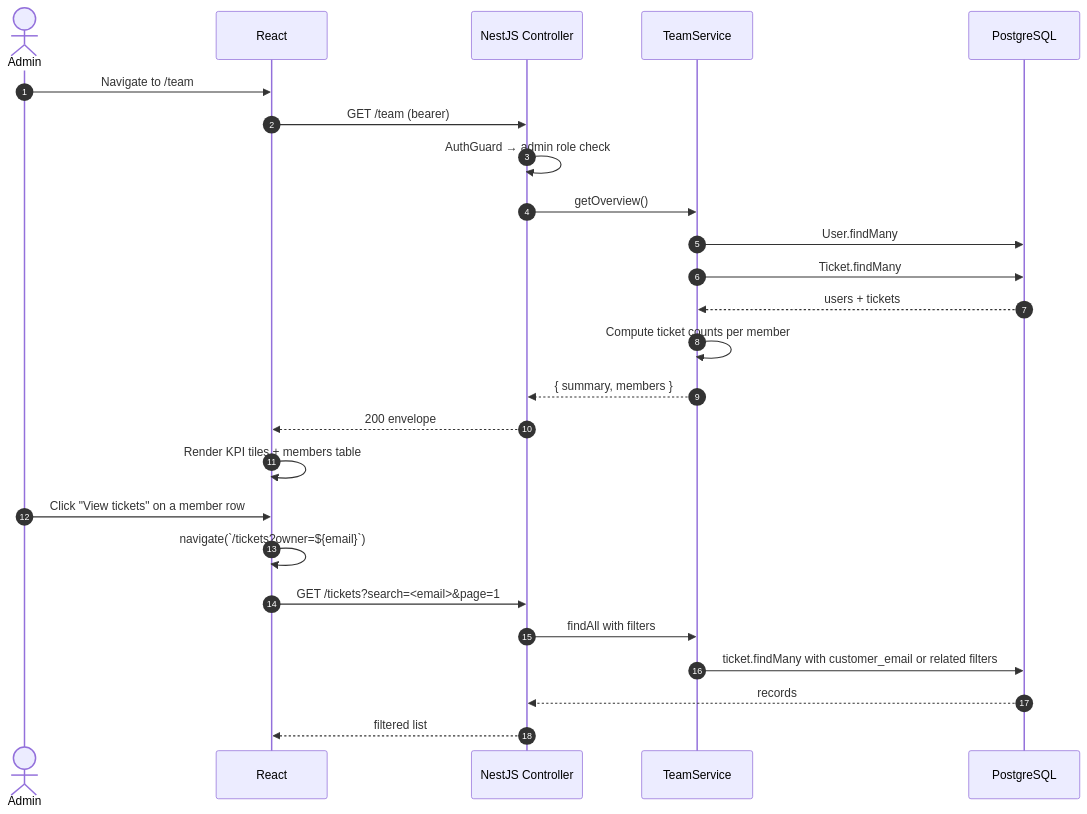
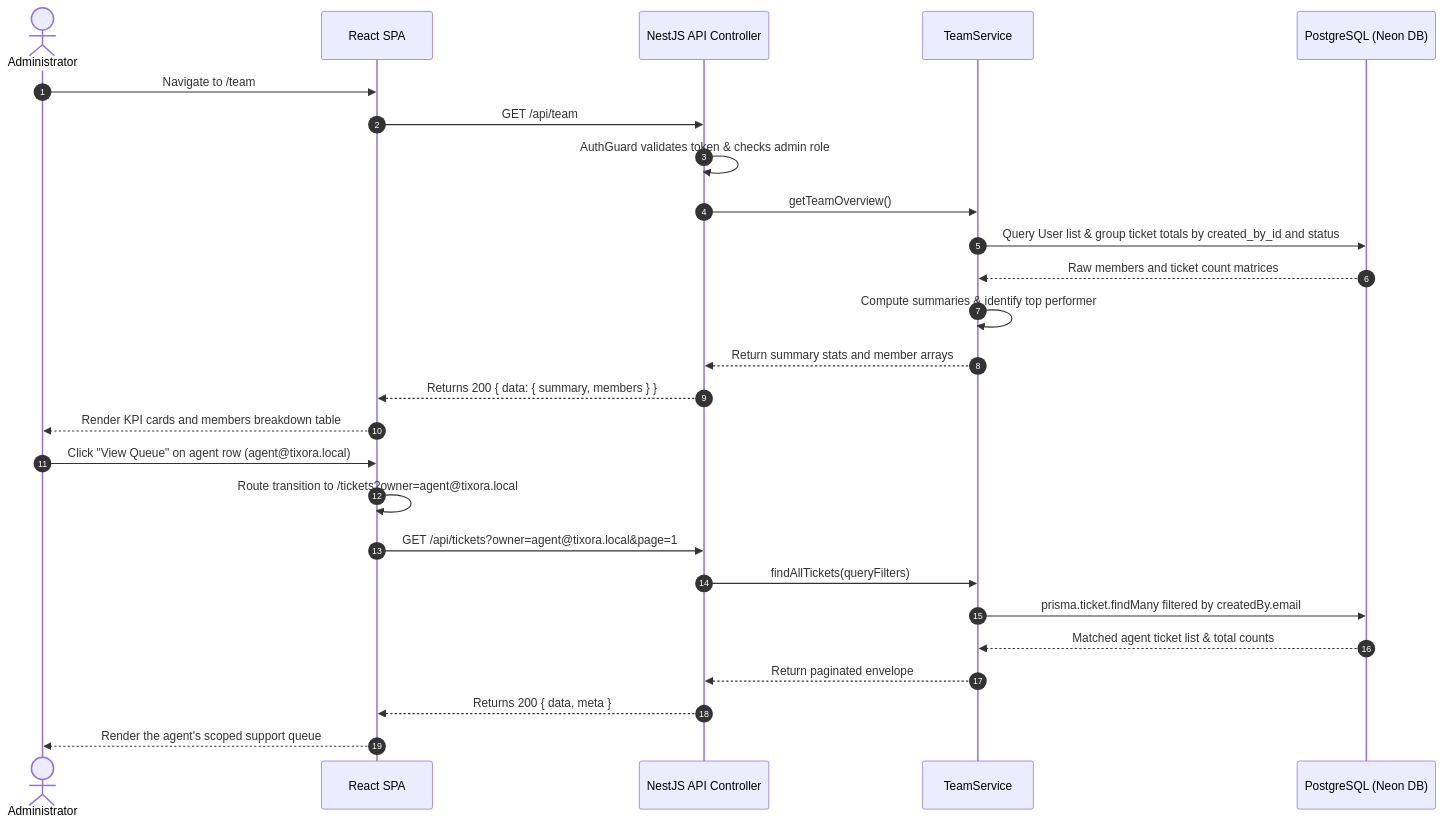
The fourth of 6 diagrams in ARCHITECTURE.md (aaditya09750/Tixora), drawn with Mermaid before and after one commit. The commit also changed other lines of this file and 5 other files, not shown here.

````diff
--- a/ARCHITECTURE.md
+++ b/ARCHITECTURE.md
@@ -91,29 +128,30 @@
 ```mermaid
 sequenceDiagram
   autonumber
-  actor A as Admin
-  participant UI as React
-  participant API as NestJS Controller
+  actor Admin as Administrator
+  participant SPA as React SPA
+  participant API as NestJS API Controller
   participant SVC as TeamService
-  participant DB as PostgreSQL
+  participant DB as PostgreSQL (Neon DB)
 
-  A->>UI: Navigate to /team
-  UI->>API: GET /team (bearer)
-  API->>API: AuthGuard → admin role check
-  API->>SVC: getOverview()
-  SVC->>DB: User.findMany
-  SVC->>DB: Ticket.findMany
-  DB-->>SVC: users + tickets
-  SVC->>SVC: Compute ticket counts per member
-  SVC-->>API: { summary, members }
-  API-->>UI: 200 envelope
-  UI->>UI: Render KPI tiles + members table
+  Admin->>SPA: Navigate to /team
+  SPA->>API: GET /api/team
+  API->>API: AuthGuard validates token & checks admin role
+  API->>SVC: getTeamOverview()
+  SVC->>DB: Query User list & group ticket totals by created_by_id and status
+  DB-->>SVC: Raw members and ticket count matrices
+  SVC->>SVC: Compute summaries & identify top performer
+  SVC-->>API: Return summary stats and member arrays
+  API-->>SPA: Returns 200 { data: { summary, members } }
+  SPA-->>Admin: Render KPI cards and members breakdown table
 
-  A->>UI: Click "View tickets" on a member row
-  UI->>UI: navigate(`/tickets?owner=${email}`)
-  UI->>API: GET /tickets?search=<email>&page=1
-  API->>SVC: findAll with filters
-  SVC->>DB: ticket.findMany with customer_email or related filters
-  DB-->>API: records
-  API-->>UI: filtered list
+  Admin->>SPA: Click "View Queue" on agent row (agent@tixora.local)
+  SPA->>SPA: Route transition to /tickets?owner=agent@tixora.local
+  SPA->>API: GET /api/tickets?owner=agent@tixora.local&page=1
+  API->>SVC: findAllTickets(queryFilters)
+  SVC->>DB: prisma.ticket.findMany filtered by createdBy.email
+  DB-->>SVC: Matched agent ticket list & total counts
+  SVC-->>API: Return paginated envelope
+  API-->>SPA: Returns 200 { data, meta }
+  SPA-->>Admin: Render the agent's scoped support queue
 ```
````
